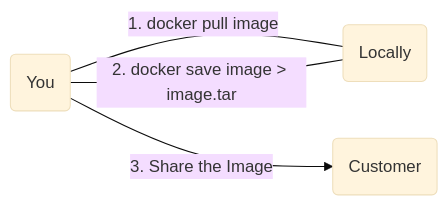
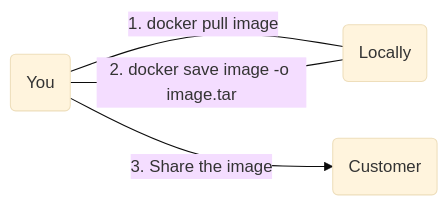
The first of 5 diagrams in post/sharing-container-images-using-the-docker-cli-or-carvels-imgpkg/index.md (rguske/rguske.github.io), drawn with Mermaid (base theme) before and after one commit. The commit also changed other lines of this file and 3 other files, not shown here.

```diff
--- a/post/sharing-container-images-using-the-docker-cli-or-carvels-imgpkg/index.md
+++ b/post/sharing-container-images-using-the-docker-cli-or-carvels-imgpkg/index.md
@@ -116,6 +116,6 @@
 {{< mermaid >}}
 graph LR;
     A( You ) ---| 1. docker pull image | B( Locally )
-    A ---| 2. docker save image > image.tar | B
-    A -->| 3. Share the Image | C( Customer )
+    A ---| 2. docker save image -o image.tar | B
+    A -->| 3. Share the image | C( Customer )
 {{< /mermaid >}}
```
